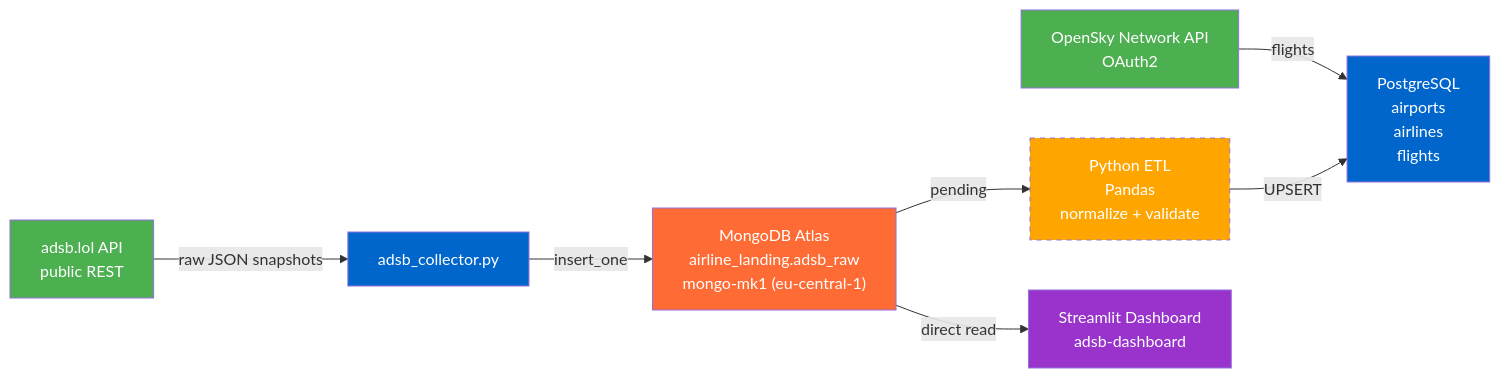
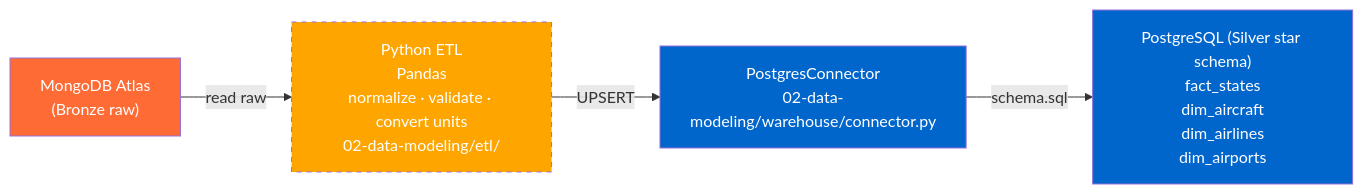
One commit to MatthiasSails/airline-data-platform changed the second of 6 diagrams in docs/architecture/README.md. Above: the diagram before and after it, drawn with Mermaid. The commit also changed other lines of this file, not shown here.

First line of the commit message:
docs(architecture): refresh phase diagrams to OpenSky-States medallion model

````diff
--- a/docs/architecture/README.md
+++ b/docs/architecture/README.md
@@ -48,23 +65,14 @@
 ```mermaid
 graph LR
-    ADSB["adsb.lol API<br/>public REST"]
-    OS["OpenSky Network API<br/>OAuth2"]
+    MDB["MongoDB Atlas<br/>(Bronze raw)"]
 
-    ADSB -->|raw JSON snapshots| COL["adsb_collector.py"]
-    OS -->|flights| PG
+    MDB -->|read raw| ETL["Python ETL<br/>Pandas<br/>normalize · validate · convert units<br/>02-data-modeling/etl/"]
 
-    COL -->|insert_one| MDB["MongoDB Atlas<br/>airline_landing.adsb_raw<br/>mongo-mk1 (eu-central-1)"]
+    ETL -->|UPSERT| CON["PostgresConnector<br/>02-data-modeling/warehouse/connector.py"]
+    CON -->|schema.sql| PG["PostgreSQL (Silver star schema)<br/>fact_states<br/>dim_aircraft<br/>dim_airlines<br/>dim_airports"]
 
-    MDB -->|pending| ETL["Python ETL<br/>Pandas<br/>normalize + validate"]
-    ETL -->|UPSERT| PG["PostgreSQL<br/>airports<br/>airlines<br/>flights"]
-
-    MDB -->|direct read| DASH["Streamlit Dashboard<br/>adsb-dashboard"]
-
-    style ADSB fill:#4CAF50,color:#fff
-    style OS fill:#4CAF50,color:#fff
-    style COL fill:#0066CC,color:#fff
     style MDB fill:#FF6B35,color:#fff
     style ETL fill:#FFA500,color:#fff,stroke-dasharray:5 5
+    style CON fill:#0066CC,color:#fff
     style PG fill:#0066CC,color:#fff
-    style DASH fill:#9933CC,color:#fff
 ```
````
